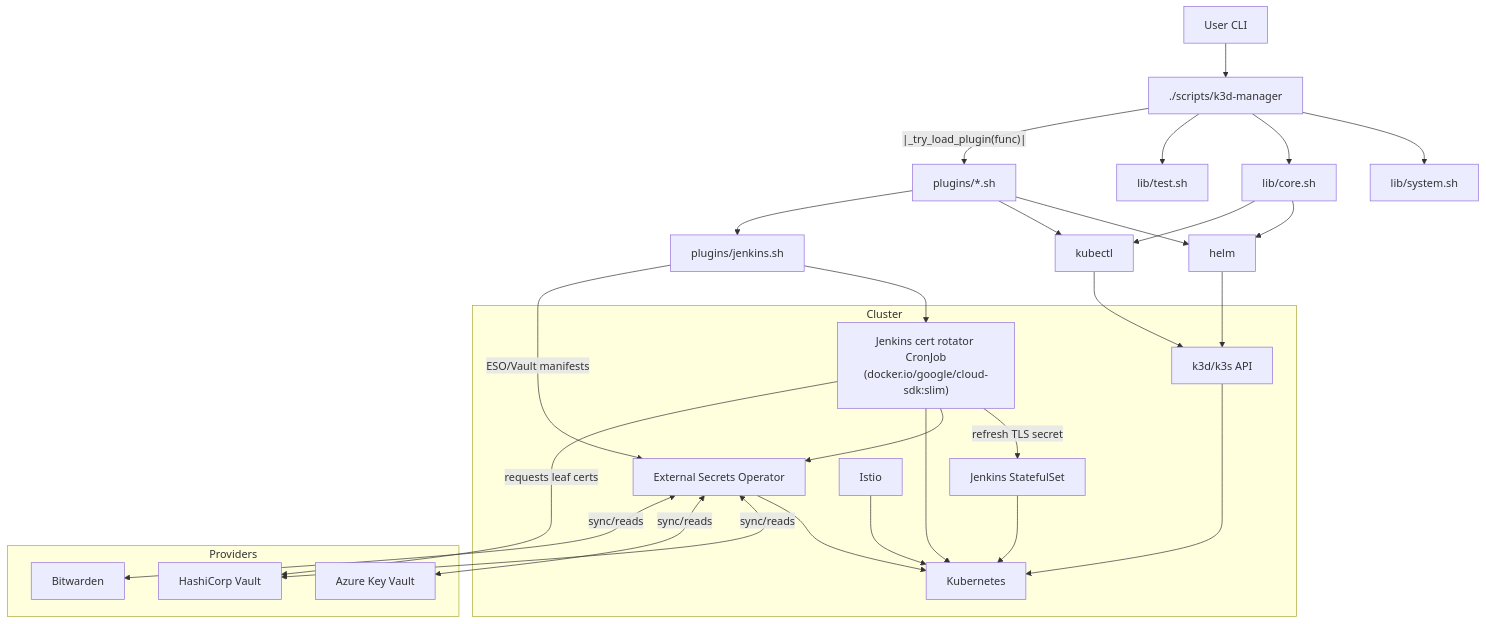
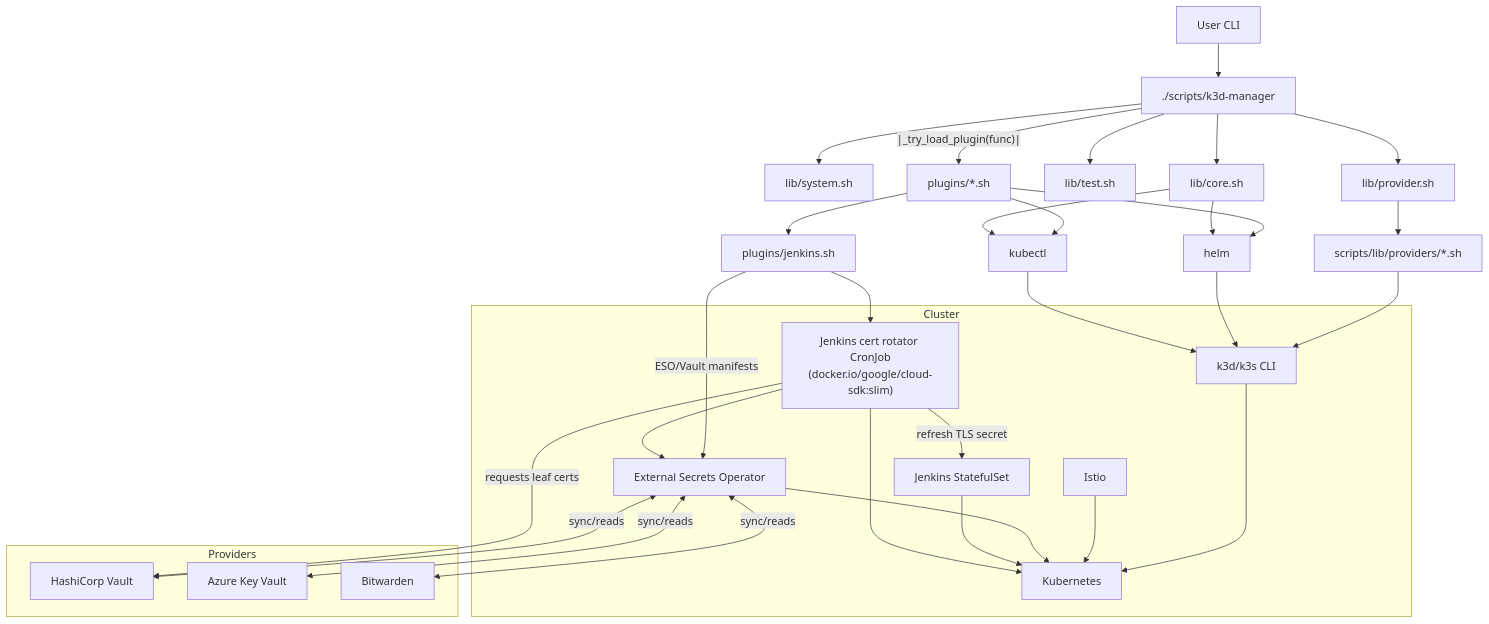
One commit to wilddog64/k3d-manager changed the first of 2 diagrams in README.md. Above: the diagram before and after it, drawn with Mermaid. The commit also changed other lines of this file, not shown here.

Commit message:
docs: diagram provider flow

````diff
--- a/README.md
+++ b/README.md
@@ -210,36 +210,39 @@
 ```mermaid
 graph TD
   U[User CLI] --> KM[./scripts/k3d-manager]
   KM --> SYS[lib/system.sh]
   KM --> CORE[lib/core.sh]
   KM --> TEST[lib/test.sh]
+  KM --> PROVIDER[lib/provider.sh]
   KM --|_try_load_plugin(func)|--> PLUG[plugins/*.sh]
+  PROVIDER --> PROVMOD[scripts/lib/providers/*.sh]
   PLUG --> HELM[helm]
   PLUG --> KUB[kubectl]
   PLUG --> JPLUG[plugins/jenkins.sh]
   JPLUG --> ROTATOR["Jenkins cert rotator CronJob<br/>(docker.io/google/cloud-sdk:slim)"]
   JPLUG -->|ESO/Vault manifests| ESO
   ROTATOR -->|refresh TLS secret| JENKINS[Jenkins StatefulSet]
   ROTATOR --> ESO
   CORE --> HELM
   CORE --> KUB
+  PROVMOD --> API[k3d/k3s CLI]
   subgraph Cluster
-     K3D[k3d/k3s API] --> K8S[Kubernetes]
+     API --> K8S[Kubernetes]
      ISTIO[Istio] --> K8S
      ESO[External Secrets Operator] --> K8S
      JENKINS --> K8S
      ROTATOR --> K8S
   end
-  HELM --> K3D
-  KUB --> K3D
+  HELM --> API
+  KUB --> API
 
   subgraph Providers
      VAULT[HashiCorp Vault]
      AZ[Azure Key Vault]
      BWD[Bitwarden]
   end
   ESO <-- sync/reads --> VAULT
   ESO <-- sync/reads --> AZ
   ESO <-- sync/reads --> BWD
   ROTATOR -->|requests leaf certs| VAULT
 ```
````
